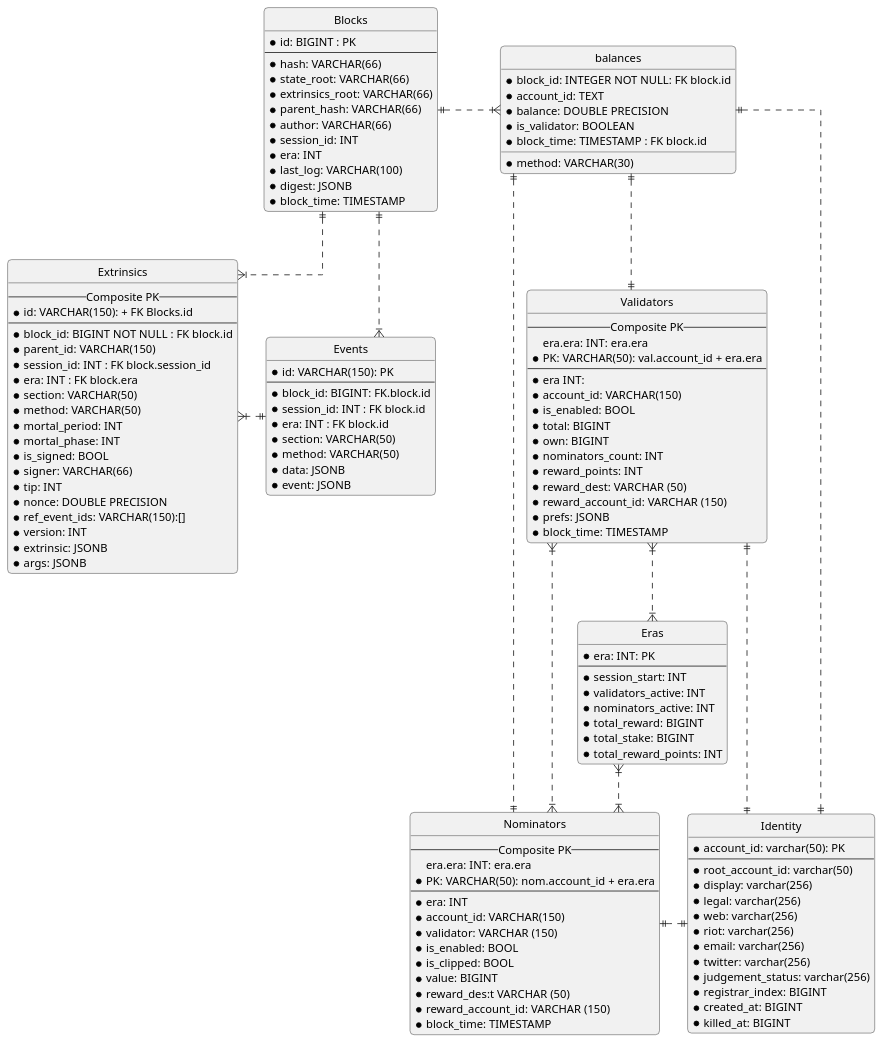
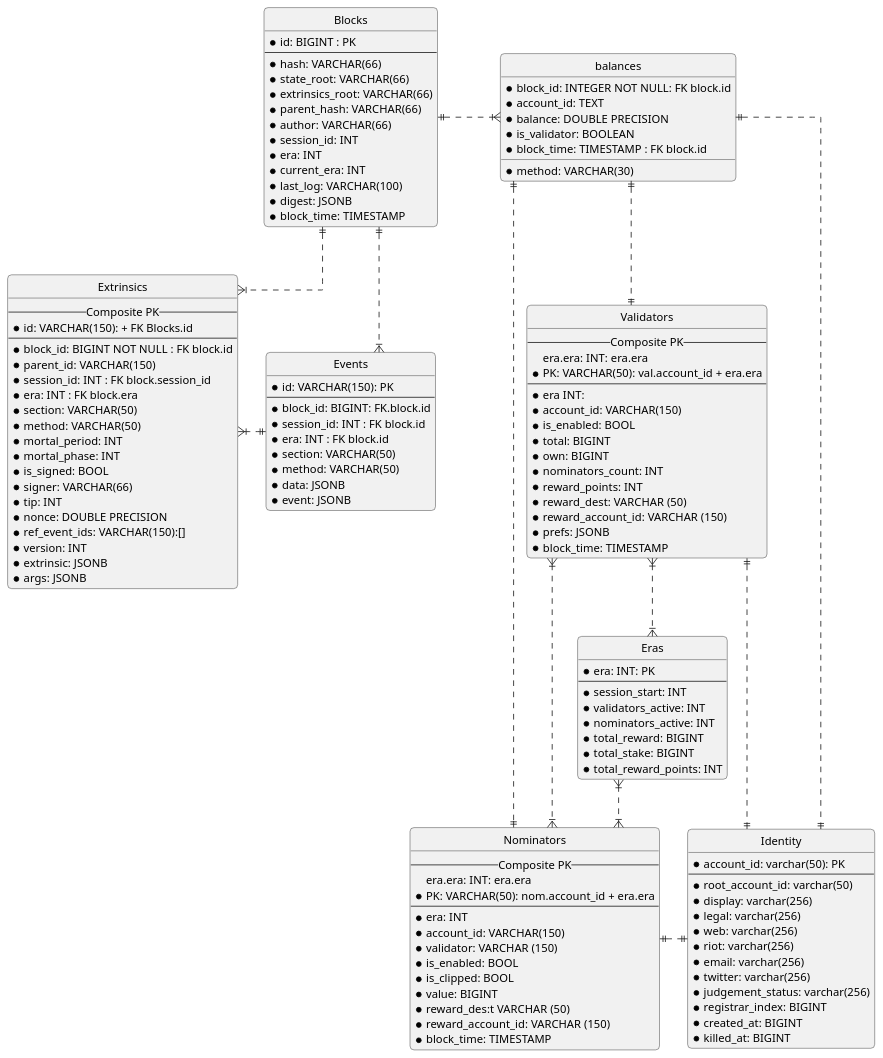
One commit to p2p-org/polkadot-profit-transformer changed the diagram in docs/erd.puml. Above: the diagram before and after it, drawn with PlantUML. The commit also changed 1 other file, not shown here.

Commit message:
update db schema in docs

```diff
--- a/docs/erd.puml
+++ b/docs/erd.puml
@@ -1,146 +1,147 @@
 @startuml ER-diagram
 
 ' hIde the spot
 hIde circle
 
 ' avoId problems with angled crows feet
 skinparam {
     Linetype ortho
     Shadowing false
     RoundCorner 10
 }
 
 entity "Blocks" as block {
     *id: BIGINT : PK
     --
     *hash: VARCHAR(66)
     *state_root: VARCHAR(66)
     *extrinsics_root: VARCHAR(66)
     *parent_hash: VARCHAR(66)
     *author: VARCHAR(66)
     *session_id: INT
     *era: INT
+    *current_era: INT
     *last_log: VARCHAR(100)
     *digest: JSONB
     *block_time: TIMESTAMP
 }
 
 entity "Events" as events {
     *id: VARCHAR(150): PK
     --
     *block_id: BIGINT: FK.block.id
     *session_id: INT : FK block.id
     *era: INT : FK block.id
     *section: VARCHAR(50)
     *method: VARCHAR(50)
     *data: JSONB
     *event: JSONB
 }
 
 entity "Extrinsics" as ex {
     --Composite PK --
     *id: VARCHAR(150): + FK Blocks.id
     --
     *block_id: BIGINT NOT NULL : FK block.id
     *parent_id: VARCHAR(150)
     *session_id: INT : FK block.session_id
     *era: INT : FK block.era
     *section: VARCHAR(50)
     *method: VARCHAR(50)
     *mortal_period: INT
     *mortal_phase: INT
     *is_signed: BOOL
     *signer: VARCHAR(66)
     *tip: INT
     *nonce: DOUBLE PRECISION
     *ref_event_ids: VARCHAR(150):[]
     *version: INT
     *extrinsic: JSONB
     *args: JSONB
 }
 
 entity "Eras" as era {
     *era: INT: PK
     --
     *session_start: INT
     *validators_active: INT
     *nominators_active: INT
     *total_reward: BIGINT
     *total_stake: BIGINT
     *total_reward_points: INT
 }
 
 entity "Validators" as val {
     --Composite PK --
     era.era: INT: era.era
     *PK: VARCHAR(50): val.account_id + era.era
     --
     *era INT:
     *account_id: VARCHAR(150)
     *is_enabled: BOOL
     *total: BIGINT
     *own: BIGINT
     *nominators_count: INT
     *reward_points: INT
     *reward_dest: VARCHAR (50)
     *reward_account_id: VARCHAR (150)
     *prefs: JSONB
     *block_time: TIMESTAMP
 }
 
 entity "Nominators" as nom {
     --Composite PK --
     era.era: INT: era.era
     *PK: VARCHAR(50): nom.account_id + era.era
     --
     *era: INT
     *account_id: VARCHAR(150)
     *validator: VARCHAR (150)
     *is_enabled: BOOL
     *is_clipped: BOOL
     *value: BIGINT
     *reward_des:t VARCHAR (50)
     *reward_account_id: VARCHAR (150)
     *block_time: TIMESTAMP
 }
 
 entity "Identity" as ac {
     *account_id: varchar(50): PK
     --
     *root_account_id: varchar(50)
     *display: varchar(256)
     *legal: varchar(256)
     *web: varchar(256)
     *riot: varchar(256)
     *email: varchar(256)
     *twitter: varchar(256)
     *judgement_status: varchar(256)
     *registrar_index: BIGINT
     *created_at: BIGINT
     *killed_at: BIGINT
 }
 
 entity "balances" as balances {
     *block_id: INTEGER NOT NULL: FK block.id
     *account_id: TEXT
     *balance: DOUBLE PRECISION
     *method: VARCHAR(30)
     *is_validator: BOOLEAN
     *block_time: TIMESTAMP : FK block.id
 }
 
 nom ||.right.|| ac
 era }|..|{ nom
 val }|..|{ era
 val }|..|{ nom
 val ||..|| ac
 balances ||..|| ac
 balances ||..|| nom
 balances ||..|| val
 balances }|.left.|| block
 ' block }|..|| era не вижу явной связи
 block ||..|{ events
 block ||..|{ ex
 ex }|.right.|| events
 
 @enduml
```
